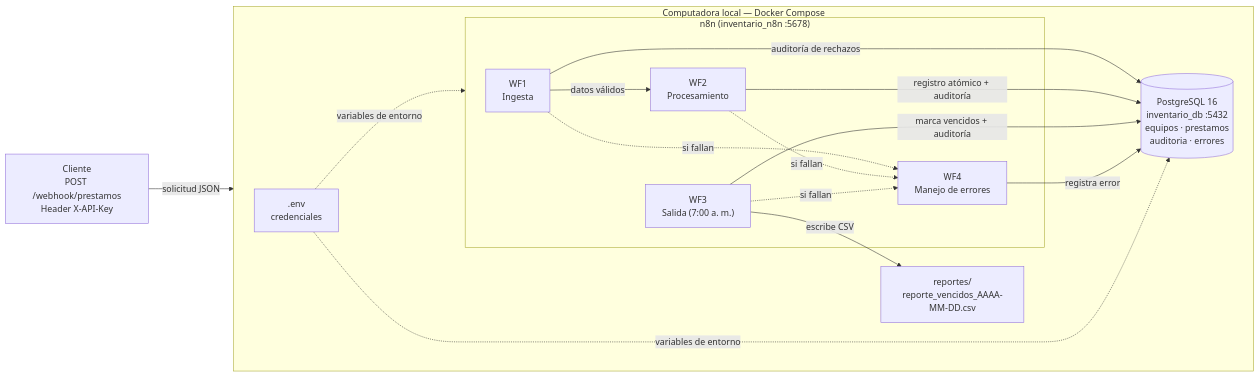
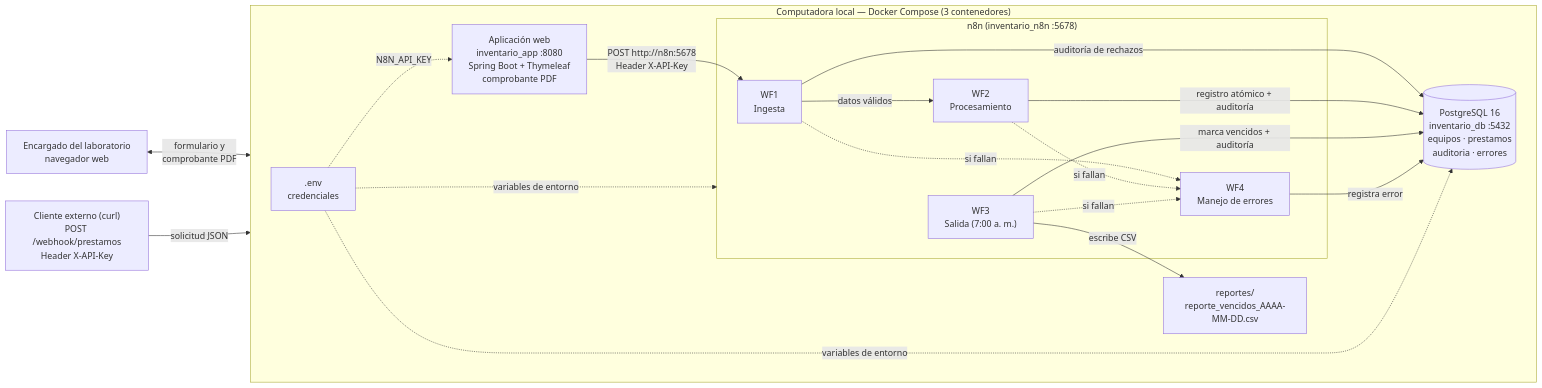
One commit to kathyjaganx/proyecto-final-as2-inventario changed the diagram in docs/diagrama_arquitectura.mmd. Above: the diagram before and after it, drawn with Mermaid. The commit also changed 5 other files, not shown here.

Commit message:
v1.5 - Documento técnico y diagramas de arquitectura y flujo actualizados (comprobante PDF, teléfono y Docker)

```diff
--- a/docs/diagrama_arquitectura.mmd
+++ b/docs/diagrama_arquitectura.mmd
@@ -1,26 +1,32 @@
+%%{init: {'theme': 'default'}}%%
 flowchart LR
-    CLI["Cliente<br/>POST /webhook/prestamos<br/>Header X-API-Key"]
+    USR["Encargado del laboratorio<br/>navegador web"]
+    CLI["Cliente externo (curl)<br/>POST /webhook/prestamos<br/>Header X-API-Key"]
 
-    subgraph LOCAL["Computadora local — Docker Compose"]
+    subgraph LOCAL["Computadora local — Docker Compose (3 contenedores)"]
         direction LR
+        APP["Aplicación web<br/>inventario_app :8080<br/>Spring Boot + Thymeleaf<br/>comprobante PDF"]
         subgraph N8N["n8n (inventario_n8n :5678)"]
             WF1["WF1<br/>Ingesta"]
             WF2["WF2<br/>Procesamiento"]
             WF3["WF3<br/>Salida (7:00 a. m.)"]
             WF4["WF4<br/>Manejo de errores"]
         end
         PG[("PostgreSQL 16<br/>inventario_db :5432<br/>equipos · prestamos<br/>auditoria · errores")]
         REP["reportes/<br/>reporte_vencidos_AAAA-MM-DD.csv"]
         ENV[".env<br/>credenciales"]
     end
 
+    USR <-->|"formulario y<br/>comprobante PDF"| APP
+    APP -->|"POST http://n8n:5678<br/>Header X-API-Key"| WF1
     CLI -->|"solicitud JSON"| WF1
     WF1 -->|"datos válidos"| WF2
     WF1 -->|"auditoría de rechazos"| PG
     WF2 -->|"registro atómico + auditoría"| PG
     WF3 -->|"marca vencidos + auditoría"| PG
     WF3 -->|"escribe CSV"| REP
     WF1 & WF2 & WF3 -.->|"si fallan"| WF4
     WF4 -->|"registra error"| PG
+    ENV -.->|"N8N_API_KEY"| APP
     ENV -.->|"variables de entorno"| N8N
     ENV -.->|"variables de entorno"| PG
```
